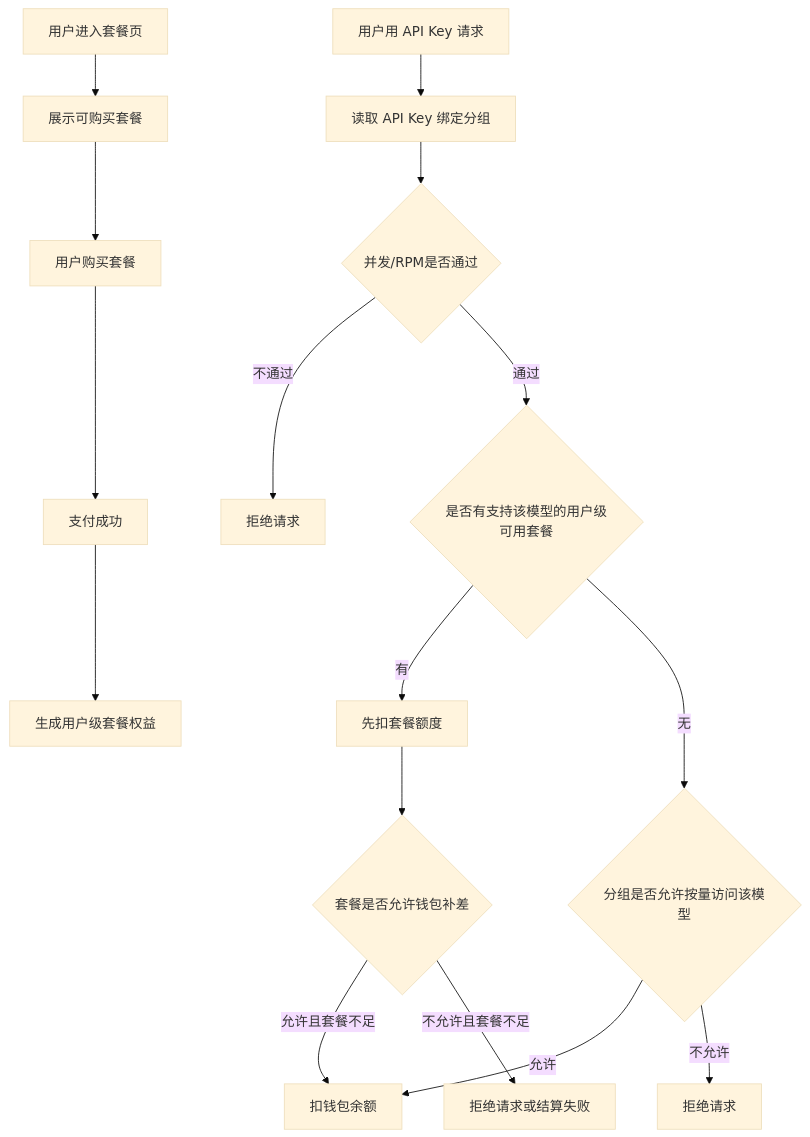
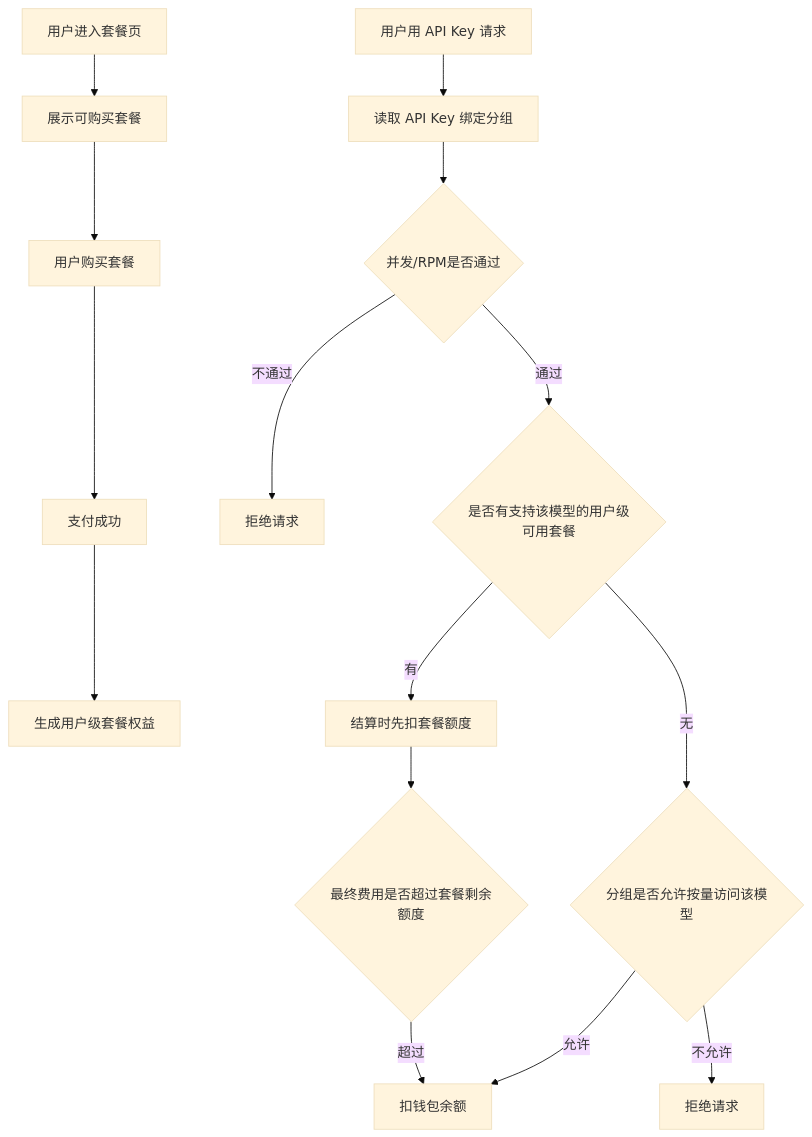
One commit to ryfineZ/Niffler changed the third of 4 diagrams in docs/architecture/group-api-key-pricing-plan-design.md. Above: the diagram before and after it, drawn with Mermaid (base theme). The commit also changed other lines of this file and 24 other files, not shown here.

````diff
--- a/docs/architecture/group-api-key-pricing-plan-design.md
+++ b/docs/architecture/group-api-key-pricing-plan-design.md
@@ -361,18 +361,17 @@
 ```mermaid
 flowchart TD
   A[用户进入套餐页] --> C[展示可购买套餐]
   C --> D[用户购买套餐]
   D --> E[支付成功]
   E --> F[生成用户级套餐权益]
   G[用户用 API Key 请求] --> H[读取 API Key 绑定分组]
   H --> R{并发/RPM是否通过}
   R -->|不通过| X[拒绝请求]
   R -->|通过| I{是否有支持该模型的用户级可用套餐}
-  I -->|有| J[先扣套餐额度]
+  I -->|有| J[结算时先扣套餐额度]
   I -->|无| P{分组是否允许按量访问该模型}
   P -->|允许| K[扣钱包余额]
   P -->|不允许| Y[拒绝请求]
-  J --> L{套餐是否允许钱包补差}
-  L -->|允许且套餐不足| K
-  L -->|不允许且套餐不足| M[拒绝请求或结算失败]
+  J --> L{最终费用是否超过套餐剩余额度}
+  L -->|超过| K
 ```
````
